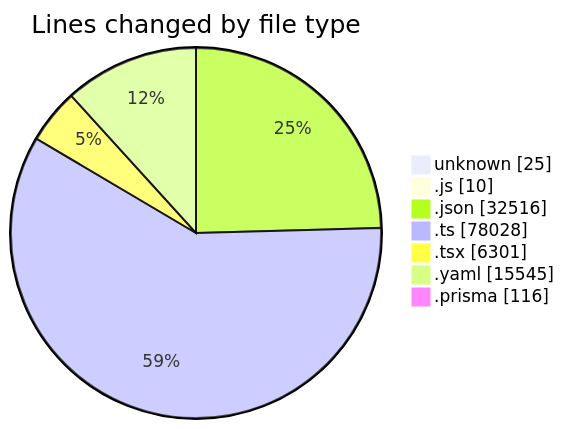
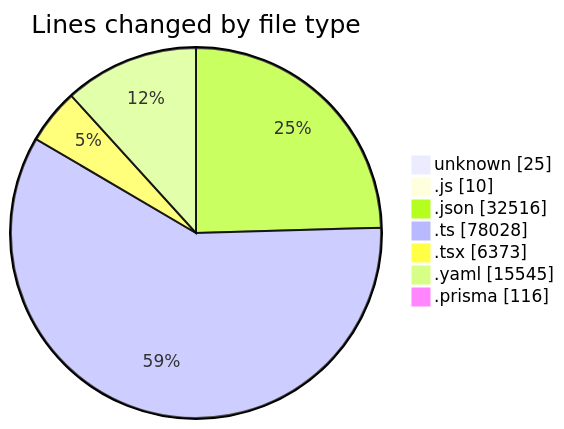
The first of 2 diagrams in 2025-05-02/ecodeli/README.md (CELIANVF/code-tracking), drawn with Mermaid before and after one commit. The commit also changed other lines of this file and 1 other file, not shown here.

````diff
--- a/2025-05-02/ecodeli/README.md
+++ b/2025-05-02/ecodeli/README.md
@@ -92,11 +92,11 @@
 ```mermaid
 pie showData
 title Lines changed by file type
 "unknown" : 25
 ".js" : 10
 ".json" : 32516
 ".ts" : 78028
-".tsx" : 6301
+".tsx" : 6373
 ".yaml" : 15545
 ".prisma" : 116
 ```
````
